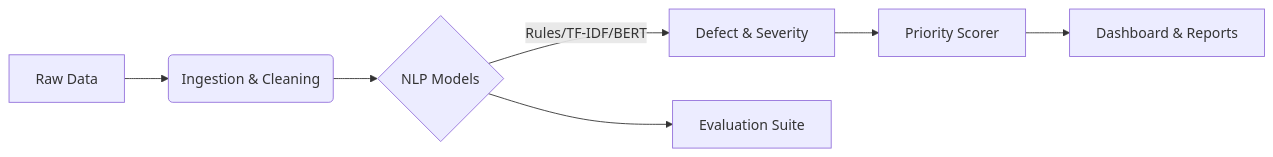
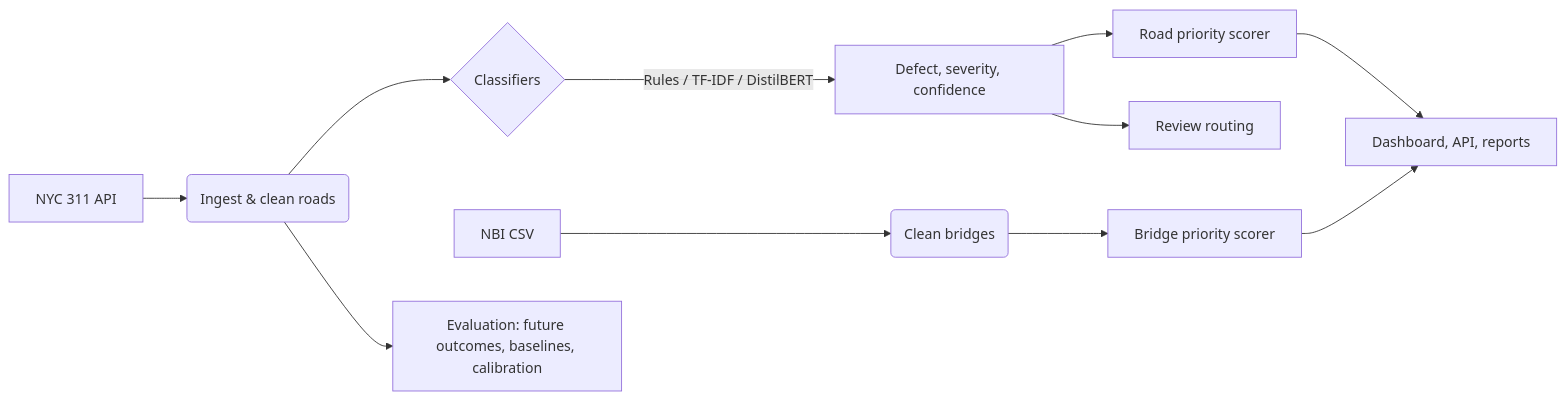
One commit to raruhan6-ops/CiviNLP-Triage changed the diagram in README.md. Above: the diagram before and after it, drawn with Mermaid. The commit also changed other lines of this file, not shown here.

````diff
--- a/README.md
+++ b/README.md
@@ -43,9 +43,13 @@
 ```mermaid
 graph LR
-    A[Raw Data] --> B(Ingestion & Cleaning)
-    B --> C{NLP Models}
-    C -->|Rules/TF-IDF/BERT| D[Defect & Severity]
-    D --> E[Priority Scorer]
-    E --> F[Dashboard & Reports]
-    C --> G[Evaluation Suite]
+    A[NYC 311 API] --> B(Ingest & clean roads)
+    N[NBI CSV] --> M(Clean bridges)
+    B --> C{Classifiers}
+    C -->|Rules / TF-IDF / DistilBERT| D[Defect, severity, confidence]
+    D --> E[Road priority scorer]
+    D --> R[Review routing]
+    M --> S[Bridge priority scorer]
+    E --> F[Dashboard, API, reports]
+    S --> F
+    B --> G[Evaluation: future outcomes, baselines, calibration]
 ```
````
